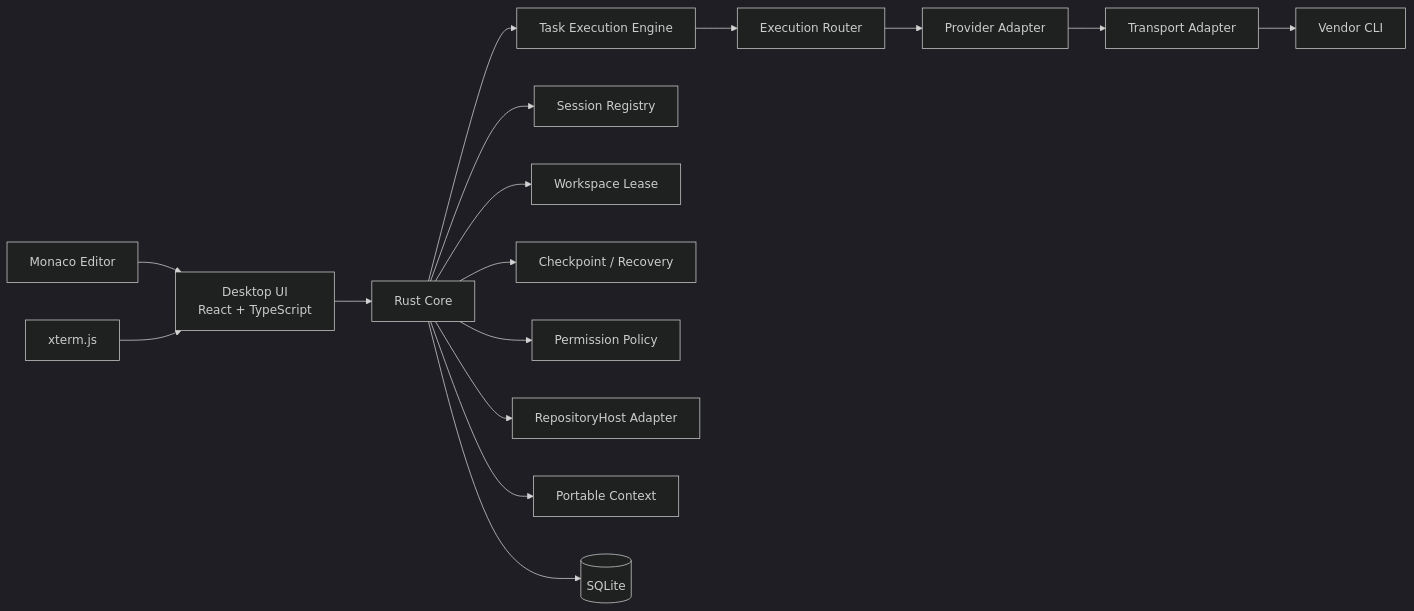
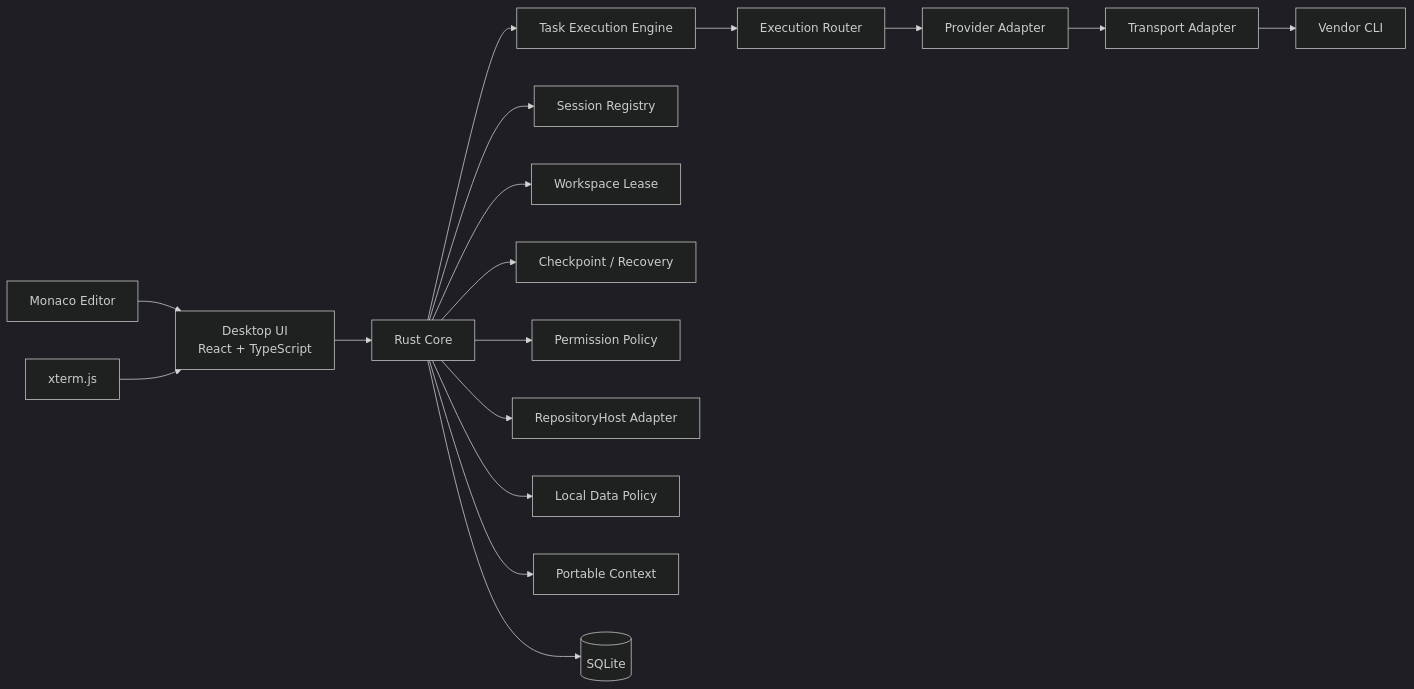
The diagram in README.md (nntokyo/ai-cli-orchestrator), drawn with Mermaid (dark theme) before and after one commit.

Commit message:
docs: align architecture diagram boundaries

````diff
--- a/README.md
+++ b/README.md
@@ -172,35 +172,37 @@
 ```mermaid
 flowchart LR
     UI[Desktop UI<br/>React + TypeScript]
     EDITOR[Monaco Editor]
     TERM[xterm.js]
     CORE[Rust Core]
     ENGINE[Task Execution Engine]
     ROUTER[Execution Router]
     SESSION[Session Registry]
     LOCK[Workspace Lease]
     RECOVERY[Checkpoint / Recovery]
     PERM[Permission Policy]
     HOST[RepositoryHost Adapter]
+    DATA[Local Data Policy]
     CONTEXT[Portable Context]
     DB[(SQLite)]
     PROVIDER[Provider Adapter]
     TRANSPORT[Transport Adapter]
     CLI[Vendor CLI]
 
     EDITOR --> UI
     TERM --> UI
     UI --> CORE
     CORE --> ENGINE
     CORE --> SESSION
     CORE --> LOCK
     CORE --> RECOVERY
     CORE --> PERM
     CORE --> HOST
+    CORE --> DATA
     CORE --> CONTEXT
     CORE --> DB
     ENGINE --> ROUTER
     ROUTER --> PROVIDER
     PROVIDER --> TRANSPORT
     TRANSPORT --> CLI
 ```
````
